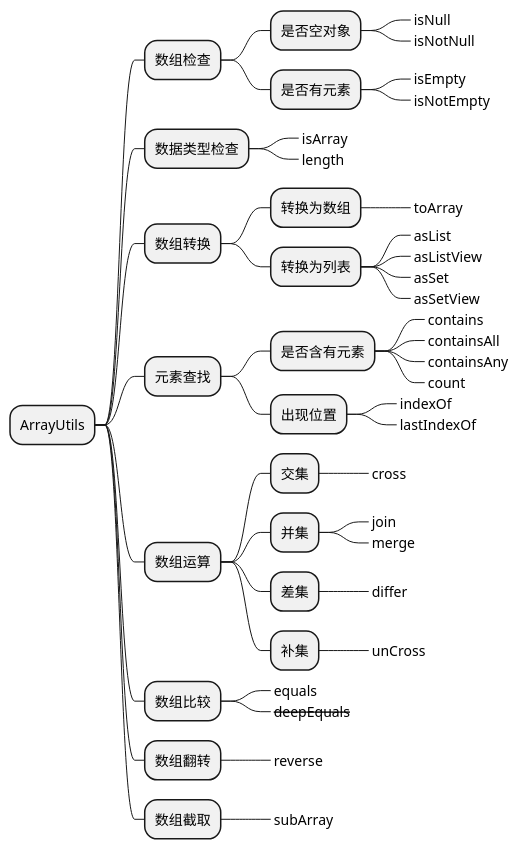
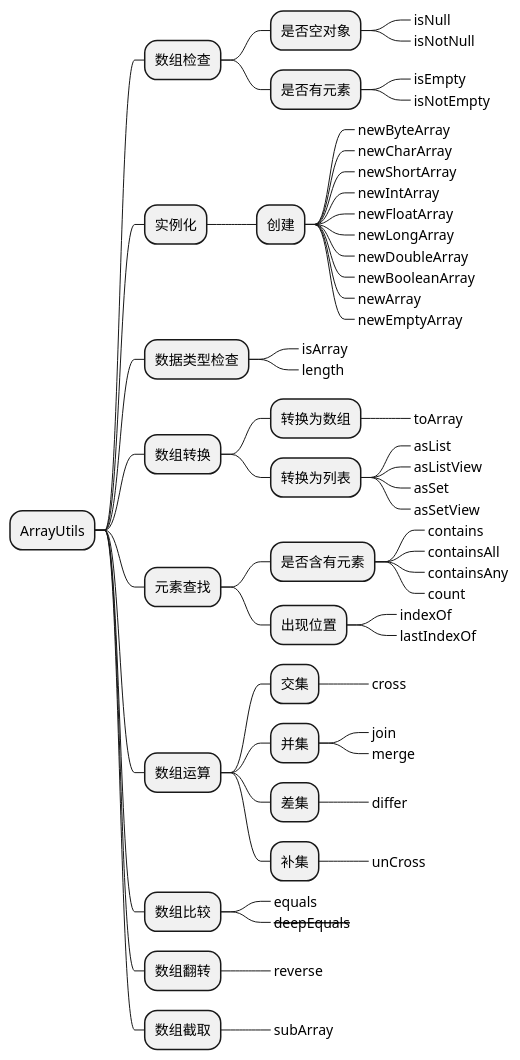
Before and after one commit to akudy/beehive-parent: the diagram in beehive-core/src/main/resources/design-thought/util/ArrayUtils-function.puml, drawn with PlantUML. The commit also changed 36 other files, not shown here.

```diff
--- a/beehive-core/src/main/resources/design-thought/util/ArrayUtils-function.puml
+++ b/beehive-core/src/main/resources/design-thought/util/ArrayUtils-function.puml
@@ -1,57 +1,70 @@
 @startmindmap
 
 * ArrayUtils
 ** 数组检查
 ***  是否空对象
 ****_ isNull
 ****_ isNotNull
 *** 是否有元素
 ****_ isEmpty
 ****_ isNotEmpty
+
+** 实例化
+*** 创建
+****_ newByteArray
+****_ newCharArray
+****_ newShortArray
+****_ newIntArray
+****_ newFloatArray
+****_ newLongArray
+****_ newDoubleArray
+****_ newBooleanArray
+****_ newArray
+****_ newEmptyArray
 
 ** 数据类型检查
 ***_ isArray
 ***_ length
 
 
 ** 数组转换
 *** 转换为数组
 ****_ toArray
 *** 转换为列表
 ****_ asList
 ****_ asListView
 ****_ asSet
 ****_ asSetView
 
 ** 元素查找
 *** 是否含有元素
 ****_ contains
 ****_ containsAll
 ****_ containsAny
 ****_ count
 *** 出现位置
 ****_ indexOf
 ****_ lastIndexOf
 
 ** 数组运算
 *** 交集
 ****_ cross
 *** 并集
 ****_ join
 ****_ merge
 *** 差集
 ****_ differ
 *** 补集
 ****_ unCross
 
 ** 数组比较
 ***_ equals
 ***_ <del>deepEquals</del>
 
 ** 数组翻转
 ***_ reverse
 
 ** 数组截取
 ***_ subArray
 
 @endmindmap
```
